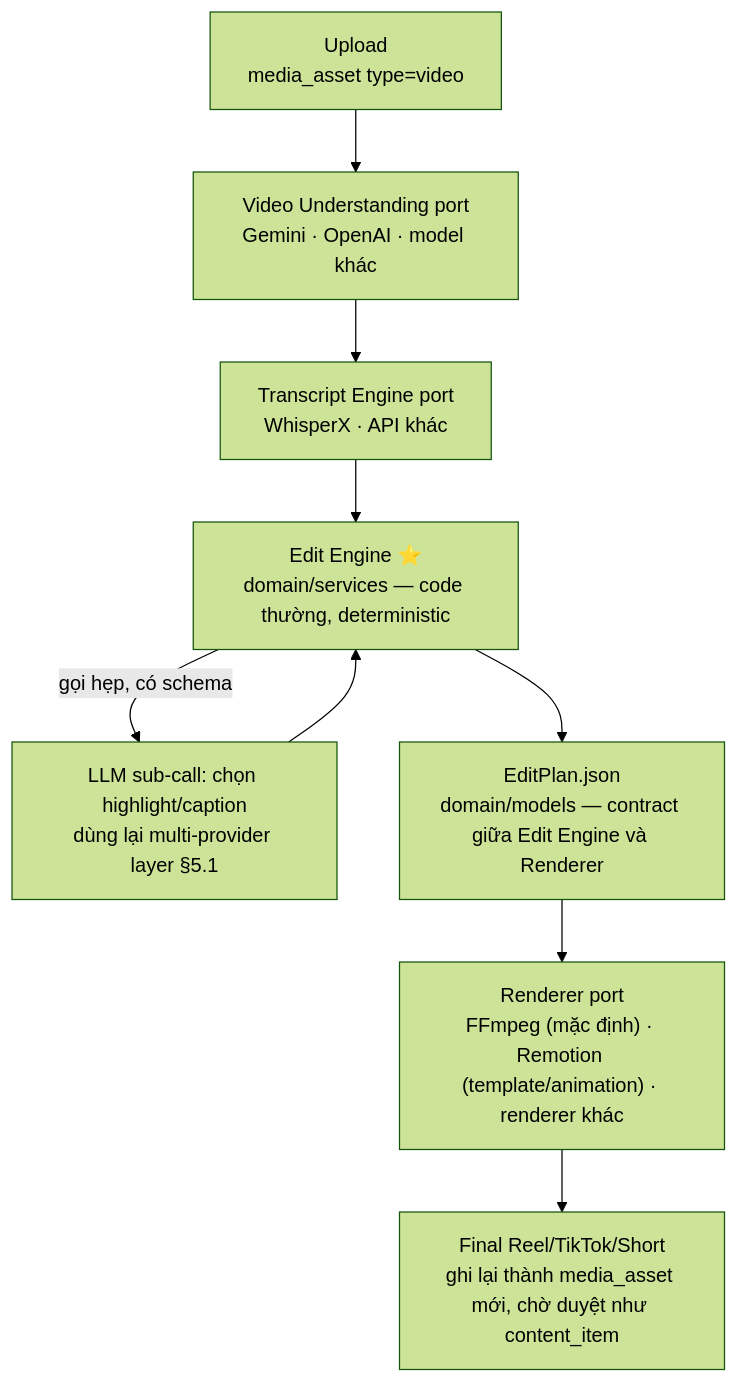
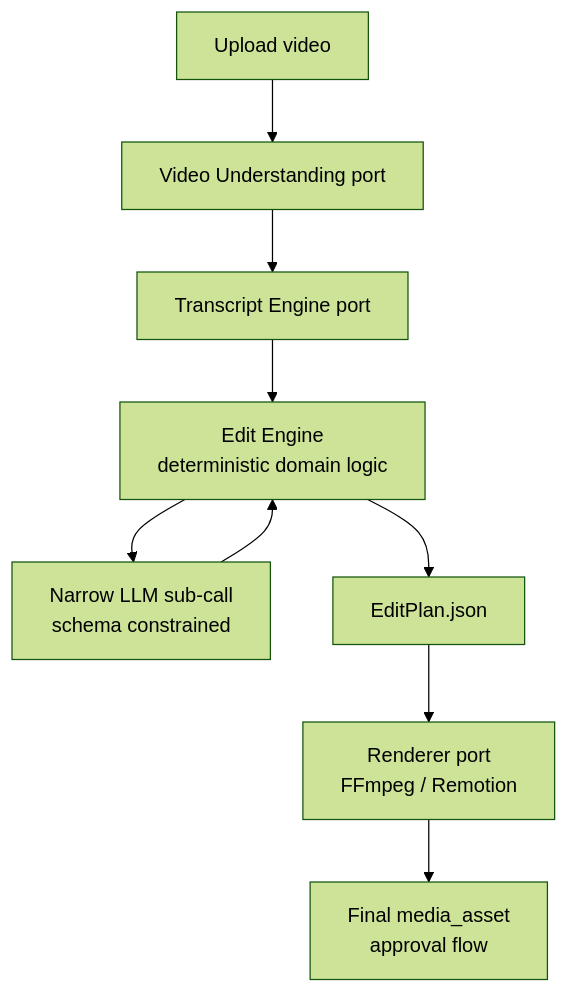
One commit to brianhuynh2021/havi changed the fourth of 4 diagrams in docs/architecture/SYSTEM_ARCHITECTURE.md. Above: the diagram before and after it, drawn with Mermaid (forest theme). The commit also changed other lines of this file and 25 other files, not shown here.

Commit message:
feat: continue founder beta roadmap

````diff
--- a/docs/architecture/SYSTEM_ARCHITECTURE.md
+++ b/docs/architecture/SYSTEM_ARCHITECTURE.md
@@ -307,11 +282,11 @@
 ```mermaid
 flowchart TD
-    UPLOAD["Upload<br/>media_asset type=video"] --> VU["Video Understanding port<br/>Gemini · OpenAI · model khác"]
-    VU --> TR["Transcript Engine port<br/>WhisperX · API khác"]
-    TR --> EDIT["Edit Engine ⭐<br/>domain/services — code thường, deterministic"]
-    EDIT -->|"gọi hẹp, có schema"| SEM["LLM sub-call: chọn highlight/caption<br/>dùng lại multi-provider layer §5.1"]
+    UPLOAD["Upload video"] --> VU["Video Understanding port"]
+    VU --> TR["Transcript Engine port"]
+    TR --> EDIT["Edit Engine<br/>deterministic domain logic"]
+    EDIT --> SEM["Narrow LLM sub-call<br/>schema constrained"]
     SEM --> EDIT
-    EDIT --> PLAN["EditPlan.json<br/>domain/models — contract giữa Edit Engine và Renderer"]
-    PLAN --> RENDER["Renderer port<br/>FFmpeg (mặc định) · Remotion (template/animation) · renderer khác"]
-    RENDER --> OUT["Final Reel/TikTok/Short<br/>ghi lại thành media_asset mới, chờ duyệt như content_item"]
+    EDIT --> PLAN["EditPlan.json"]
+    PLAN --> RENDER["Renderer port<br/>FFmpeg / Remotion"]
+    RENDER --> OUT["Final media_asset<br/>approval flow"]
 ```
````
